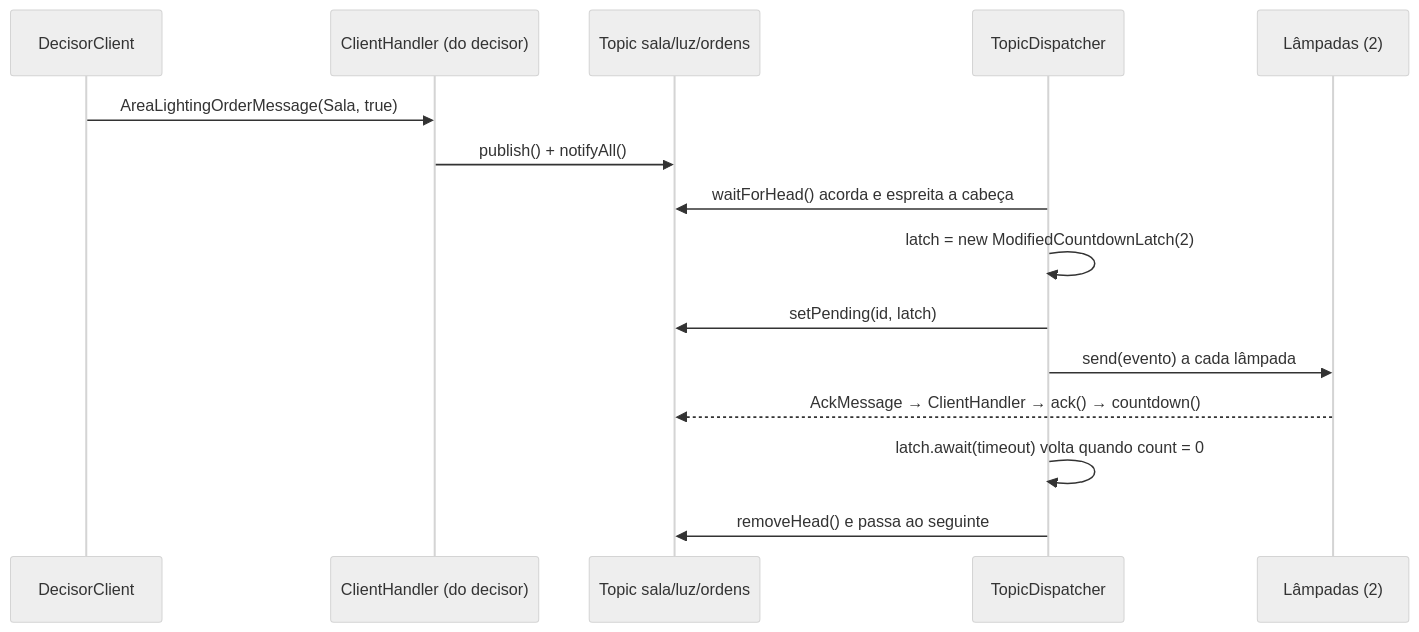
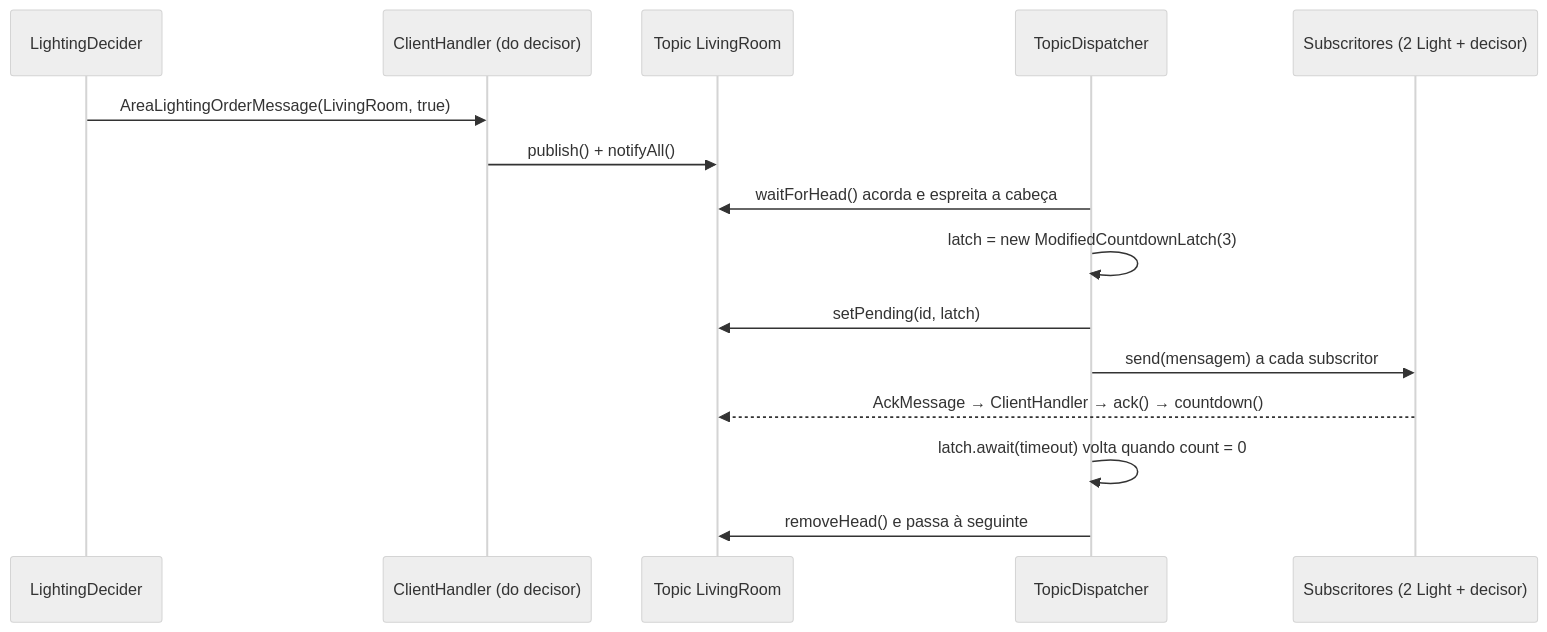
Before and after one commit to FredsonMu/IscoT-pcd: the third of 4 diagrams in docs/02-arquitetura.md, drawn with Mermaid (neutral theme). The commit also changed other lines of this file and 65 other files, not shown here.

````diff
--- a/docs/02-arquitetura.md
+++ b/docs/02-arquitetura.md
@@ -95,17 +123,17 @@
 ```mermaid
 sequenceDiagram
-  participant D as DecisorClient
+  participant D as LightingDecider
   participant H as ClientHandler (do decisor)
-  participant T as Topic sala/luz/ordens
+  participant T as Topic LivingRoom
   participant X as TopicDispatcher
-  participant L as Lâmpadas (2)
-  D->>H: AreaLightingOrderMessage(Sala, true)
+  participant S as Subscritores (2 Light + decisor)
+  D->>H: AreaLightingOrderMessage(LivingRoom, true)
   H->>T: publish() + notifyAll()
   X->>T: waitForHead() acorda e espreita a cabeça
-  X->>X: latch = new ModifiedCountdownLatch(2)
+  X->>X: latch = new ModifiedCountdownLatch(3)
   X->>T: setPending(id, latch)
-  X->>L: send(evento) a cada lâmpada
-  L-->>T: AckMessage → ClientHandler → ack() → countdown()
+  X->>S: send(mensagem) a cada subscritor
+  S-->>T: AckMessage → ClientHandler → ack() → countdown()
   X->>X: latch.await(timeout) volta quando count = 0
-  X->>T: removeHead() e passa ao seguinte
+  X->>T: removeHead() e passa à seguinte
 ```
````
